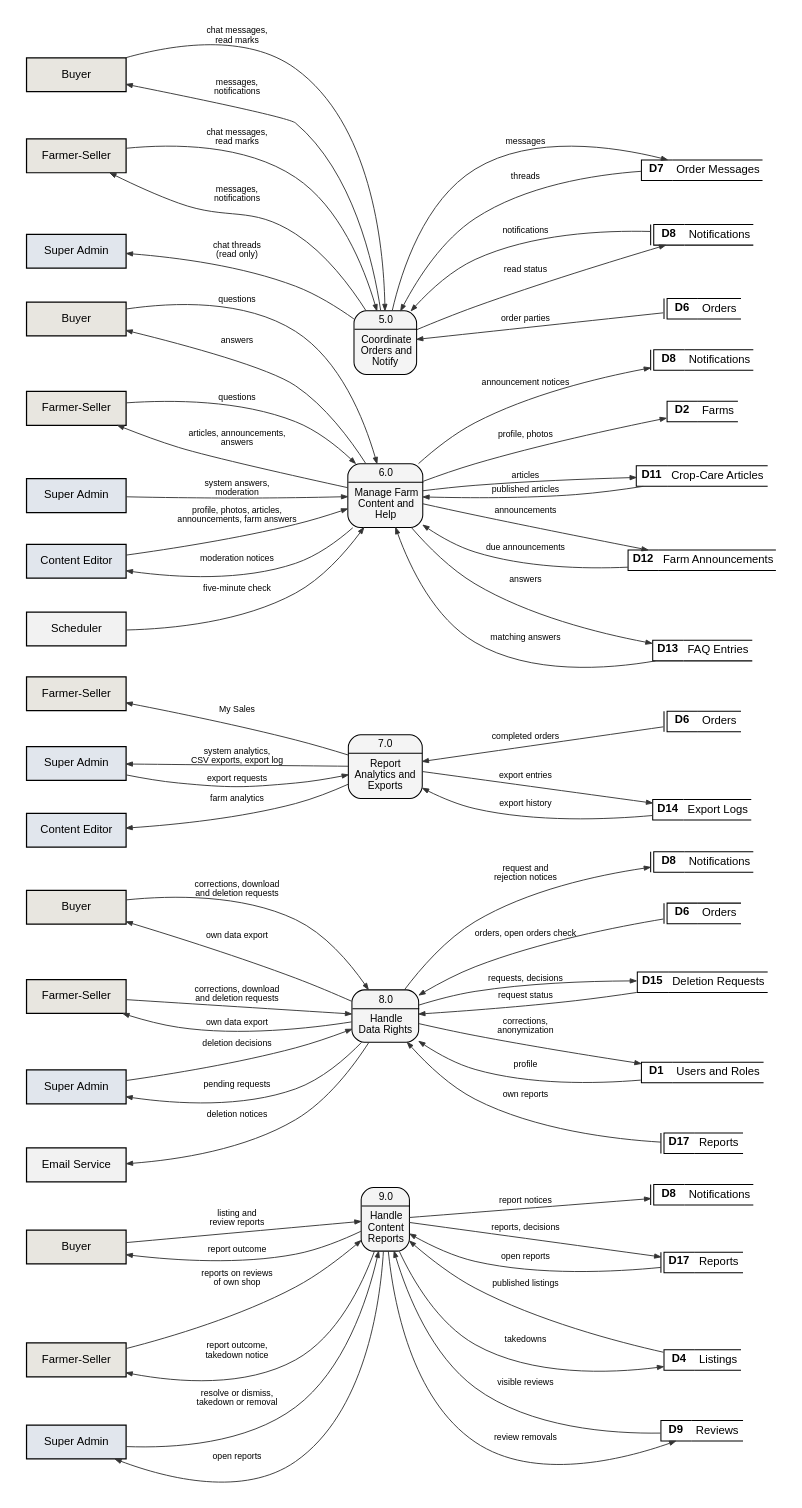
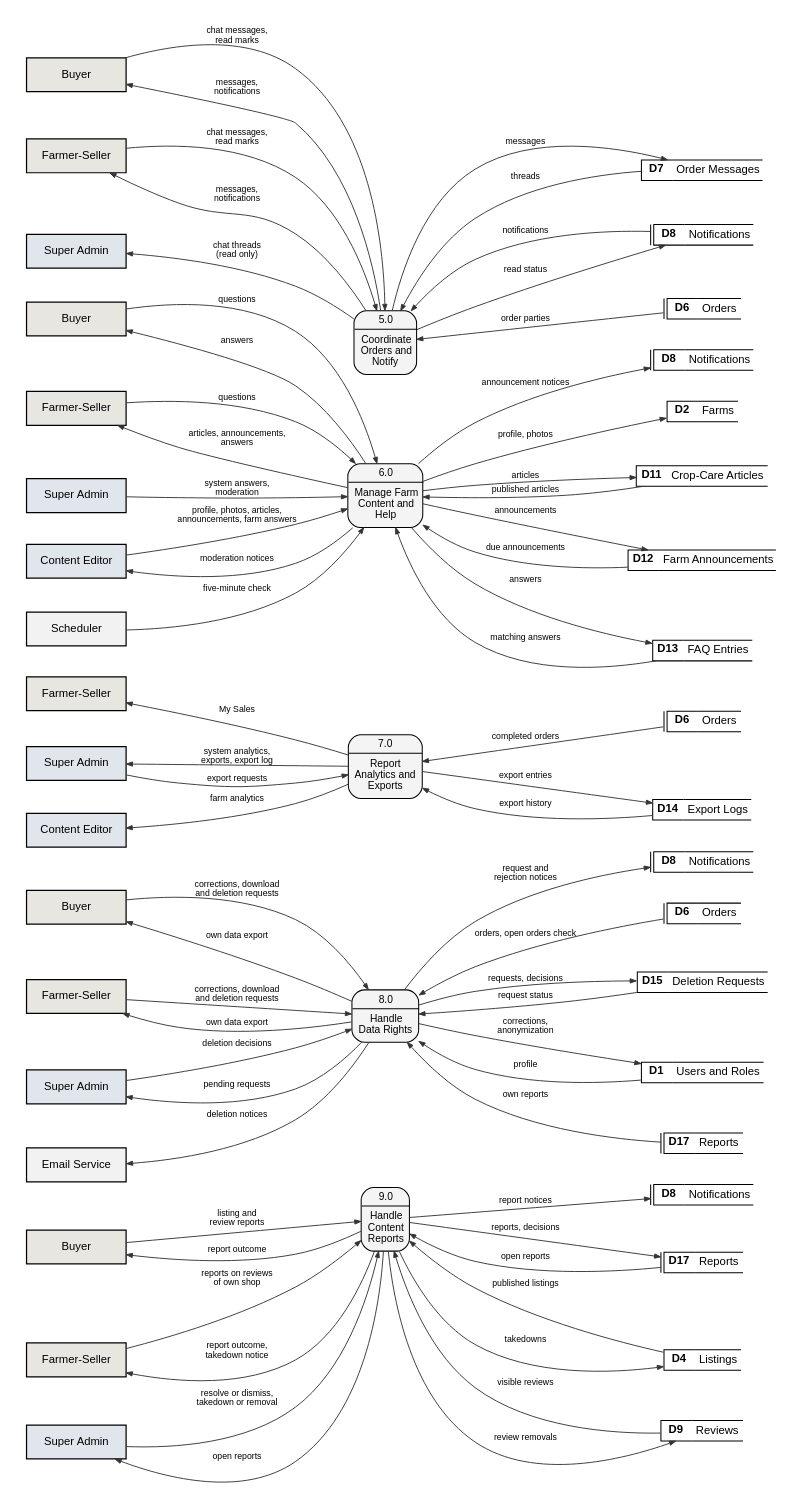
The diagram in docs/manuscript/figures/src/fig6_1b_dfd_level1.dot (shawncastaneda11-commits/anihow-backend), drawn with Graphviz before and after one commit. The commit also changed 16 other files, not shown here.

First line of the commit message:
Say exports and reports instead of CSV in the analytics figures

```diff
--- a/docs/manuscript/figures/src/fig6_1b_dfd_level1.dot
+++ b/docs/manuscript/figures/src/fig6_1b_dfd_level1.dot
@@ -1,115 +1,115 @@
 // Data flow diagram, level 1 (processes 5.0 to 9.0).
 digraph G {
   graph [rankdir=LR, nodesep=0.42, ranksep=1.4, pad=0.25, fontname="Liberation Sans", newrank=true, splines=spline, concentrate=false];
   node  [fontname="Liberation Sans", fontsize=11];
   edge  [penwidth=0.9, arrowsize=0.6, color="#333333", fontname="Liberation Sans", fontsize=8.5];
   p5 [shape=plaintext, margin=0, width=0, height=0, label=<<TABLE STYLE="ROUNDED" BORDER="1" CELLBORDER="0" CELLSPACING="0" CELLPADDING="3" BGCOLOR="#F4F4F4"><TR><TD><FONT POINT-SIZE="10.5">5.0</FONT></TD></TR><HR/><TR><TD CELLPADDING="5"><FONT POINT-SIZE="10.5">Coordinate<BR/>Orders and<BR/>Notify</FONT></TD></TR></TABLE>>];
   by_p5 [shape=box, style=filled, fillcolor="#E8E6E0", penwidth=1.2, width=1.35, height=0.46, label="Buyer", comment="gsdup"];
   fs_p5 [shape=box, style=filled, fillcolor="#E8E6E0", penwidth=1.2, width=1.35, height=0.46, label="Farmer-Seller", comment="gsdup"];
   sa_p5 [shape=box, style=filled, fillcolor="#E1E6ED", penwidth=1.2, width=1.35, height=0.46, label="Super Admin", comment="gsdup"];
   D7_p5 [shape=plaintext, margin=0, width=0, height=0, label=<<TABLE BORDER="0" CELLBORDER="1" CELLSPACING="0" CELLPADDING="3"><TR><TD SIDES="TBL" WIDTH="30"><B>D7</B></TD><TD SIDES="TB" ALIGN="LEFT">Order Messages</TD></TR></TABLE>>];
   D8_p5 [shape=plaintext, margin=0, width=0, height=0, label=<<TABLE BORDER="0" CELLBORDER="1" CELLSPACING="0" CELLPADDING="3"><TR><TD SIDES="L" WIDTH="3" CELLPADDING="0"></TD><TD SIDES="TBL" WIDTH="30"><B>D8</B></TD><TD SIDES="TB" ALIGN="LEFT">Notifications</TD></TR></TABLE>>];
   D6_p5 [shape=plaintext, margin=0, width=0, height=0, label=<<TABLE BORDER="0" CELLBORDER="1" CELLSPACING="0" CELLPADDING="3"><TR><TD SIDES="L" WIDTH="3" CELLPADDING="0"></TD><TD SIDES="TBL" WIDTH="30"><B>D6</B></TD><TD SIDES="TB" ALIGN="LEFT">Orders</TD></TR></TABLE>>];
   p6 [shape=plaintext, margin=0, width=0, height=0, label=<<TABLE STYLE="ROUNDED" BORDER="1" CELLBORDER="0" CELLSPACING="0" CELLPADDING="3" BGCOLOR="#F4F4F4"><TR><TD><FONT POINT-SIZE="10.5">6.0</FONT></TD></TR><HR/><TR><TD CELLPADDING="5"><FONT POINT-SIZE="10.5">Manage Farm<BR/>Content and<BR/>Help</FONT></TD></TR></TABLE>>];
   by_p6 [shape=box, style=filled, fillcolor="#E8E6E0", penwidth=1.2, width=1.35, height=0.46, label="Buyer", comment="gsdup"];
   fs_p6 [shape=box, style=filled, fillcolor="#E8E6E0", penwidth=1.2, width=1.35, height=0.46, label="Farmer-Seller", comment="gsdup"];
   sa_p6 [shape=box, style=filled, fillcolor="#E1E6ED", penwidth=1.2, width=1.35, height=0.46, label="Super Admin", comment="gsdup"];
   D8_p6 [shape=plaintext, margin=0, width=0, height=0, label=<<TABLE BORDER="0" CELLBORDER="1" CELLSPACING="0" CELLPADDING="3"><TR><TD SIDES="L" WIDTH="3" CELLPADDING="0"></TD><TD SIDES="TBL" WIDTH="30"><B>D8</B></TD><TD SIDES="TB" ALIGN="LEFT">Notifications</TD></TR></TABLE>>];
   ce_p6 [shape=box, style=filled, fillcolor="#E1E6ED", penwidth=1.2, width=1.35, height=0.46, label="Content Editor", comment="gsdup"];
   sch_p6 [shape=box, style=filled, fillcolor="#F2F2F2", penwidth=1.2, width=1.35, height=0.46, label="Scheduler"];
   D2_p6 [shape=plaintext, margin=0, width=0, height=0, label=<<TABLE BORDER="0" CELLBORDER="1" CELLSPACING="0" CELLPADDING="3"><TR><TD SIDES="TBL" WIDTH="30"><B>D2</B></TD><TD SIDES="TB" ALIGN="LEFT">Farms</TD></TR></TABLE>>];
   D11_p6 [shape=plaintext, margin=0, width=0, height=0, label=<<TABLE BORDER="0" CELLBORDER="1" CELLSPACING="0" CELLPADDING="3"><TR><TD SIDES="TBL" WIDTH="30"><B>D11</B></TD><TD SIDES="TB" ALIGN="LEFT">Crop-Care Articles</TD></TR></TABLE>>];
   D12_p6 [shape=plaintext, margin=0, width=0, height=0, label=<<TABLE BORDER="0" CELLBORDER="1" CELLSPACING="0" CELLPADDING="3"><TR><TD SIDES="TBL" WIDTH="30"><B>D12</B></TD><TD SIDES="TB" ALIGN="LEFT">Farm Announcements</TD></TR></TABLE>>];
   D13_p6 [shape=plaintext, margin=0, width=0, height=0, label=<<TABLE BORDER="0" CELLBORDER="1" CELLSPACING="0" CELLPADDING="3"><TR><TD SIDES="TBL" WIDTH="30"><B>D13</B></TD><TD SIDES="TB" ALIGN="LEFT">FAQ Entries</TD></TR></TABLE>>];
   p7 [shape=plaintext, margin=0, width=0, height=0, label=<<TABLE STYLE="ROUNDED" BORDER="1" CELLBORDER="0" CELLSPACING="0" CELLPADDING="3" BGCOLOR="#F4F4F4"><TR><TD><FONT POINT-SIZE="10.5">7.0</FONT></TD></TR><HR/><TR><TD CELLPADDING="5"><FONT POINT-SIZE="10.5">Report<BR/>Analytics and<BR/>Exports</FONT></TD></TR></TABLE>>];
   fs_p7 [shape=box, style=filled, fillcolor="#E8E6E0", penwidth=1.2, width=1.35, height=0.46, label="Farmer-Seller", comment="gsdup"];
   sa_p7 [shape=box, style=filled, fillcolor="#E1E6ED", penwidth=1.2, width=1.35, height=0.46, label="Super Admin", comment="gsdup"];
   D6_p7 [shape=plaintext, margin=0, width=0, height=0, label=<<TABLE BORDER="0" CELLBORDER="1" CELLSPACING="0" CELLPADDING="3"><TR><TD SIDES="L" WIDTH="3" CELLPADDING="0"></TD><TD SIDES="TBL" WIDTH="30"><B>D6</B></TD><TD SIDES="TB" ALIGN="LEFT">Orders</TD></TR></TABLE>>];
   ce_p7 [shape=box, style=filled, fillcolor="#E1E6ED", penwidth=1.2, width=1.35, height=0.46, label="Content Editor", comment="gsdup"];
   D14_p7 [shape=plaintext, margin=0, width=0, height=0, label=<<TABLE BORDER="0" CELLBORDER="1" CELLSPACING="0" CELLPADDING="3"><TR><TD SIDES="TBL" WIDTH="30"><B>D14</B></TD><TD SIDES="TB" ALIGN="LEFT">Export Logs</TD></TR></TABLE>>];
   p8 [shape=plaintext, margin=0, width=0, height=0, label=<<TABLE STYLE="ROUNDED" BORDER="1" CELLBORDER="0" CELLSPACING="0" CELLPADDING="3" BGCOLOR="#F4F4F4"><TR><TD><FONT POINT-SIZE="10.5">8.0</FONT></TD></TR><HR/><TR><TD CELLPADDING="5"><FONT POINT-SIZE="10.5">Handle<BR/>Data Rights</FONT></TD></TR></TABLE>>];
   by_p8 [shape=box, style=filled, fillcolor="#E8E6E0", penwidth=1.2, width=1.35, height=0.46, label="Buyer", comment="gsdup"];
   fs_p8 [shape=box, style=filled, fillcolor="#E8E6E0", penwidth=1.2, width=1.35, height=0.46, label="Farmer-Seller", comment="gsdup"];
   sa_p8 [shape=box, style=filled, fillcolor="#E1E6ED", penwidth=1.2, width=1.35, height=0.46, label="Super Admin", comment="gsdup"];
   D8_p8 [shape=plaintext, margin=0, width=0, height=0, label=<<TABLE BORDER="0" CELLBORDER="1" CELLSPACING="0" CELLPADDING="3"><TR><TD SIDES="L" WIDTH="3" CELLPADDING="0"></TD><TD SIDES="TBL" WIDTH="30"><B>D8</B></TD><TD SIDES="TB" ALIGN="LEFT">Notifications</TD></TR></TABLE>>];
   D6_p8 [shape=plaintext, margin=0, width=0, height=0, label=<<TABLE BORDER="0" CELLBORDER="1" CELLSPACING="0" CELLPADDING="3"><TR><TD SIDES="L" WIDTH="3" CELLPADDING="0"></TD><TD SIDES="TBL" WIDTH="30"><B>D6</B></TD><TD SIDES="TB" ALIGN="LEFT">Orders</TD></TR></TABLE>>];
   D15_p8 [shape=plaintext, margin=0, width=0, height=0, label=<<TABLE BORDER="0" CELLBORDER="1" CELLSPACING="0" CELLPADDING="3"><TR><TD SIDES="TBL" WIDTH="30"><B>D15</B></TD><TD SIDES="TB" ALIGN="LEFT">Deletion Requests</TD></TR></TABLE>>];
   D1_p8 [shape=plaintext, margin=0, width=0, height=0, label=<<TABLE BORDER="0" CELLBORDER="1" CELLSPACING="0" CELLPADDING="3"><TR><TD SIDES="TBL" WIDTH="30"><B>D1</B></TD><TD SIDES="TB" ALIGN="LEFT">Users and Roles</TD></TR></TABLE>>];
   D17_p8 [shape=plaintext, margin=0, width=0, height=0, label=<<TABLE BORDER="0" CELLBORDER="1" CELLSPACING="0" CELLPADDING="3"><TR><TD SIDES="L" WIDTH="3" CELLPADDING="0"></TD><TD SIDES="TBL" WIDTH="30"><B>D17</B></TD><TD SIDES="TB" ALIGN="LEFT">Reports</TD></TR></TABLE>>];
   em_p8 [shape=box, style=filled, fillcolor="#F2F2F2", penwidth=1.2, width=1.35, height=0.46, label="Email Service"];
   p9 [shape=plaintext, margin=0, width=0, height=0, label=<<TABLE STYLE="ROUNDED" BORDER="1" CELLBORDER="0" CELLSPACING="0" CELLPADDING="3" BGCOLOR="#F4F4F4"><TR><TD><FONT POINT-SIZE="10.5">9.0</FONT></TD></TR><HR/><TR><TD CELLPADDING="5"><FONT POINT-SIZE="10.5">Handle<BR/>Content<BR/>Reports</FONT></TD></TR></TABLE>>];
   by_p9 [shape=box, style=filled, fillcolor="#E8E6E0", penwidth=1.2, width=1.35, height=0.46, label="Buyer", comment="gsdup"];
   fs_p9 [shape=box, style=filled, fillcolor="#E8E6E0", penwidth=1.2, width=1.35, height=0.46, label="Farmer-Seller", comment="gsdup"];
   sa_p9 [shape=box, style=filled, fillcolor="#E1E6ED", penwidth=1.2, width=1.35, height=0.46, label="Super Admin", comment="gsdup"];
   D8_p9 [shape=plaintext, margin=0, width=0, height=0, label=<<TABLE BORDER="0" CELLBORDER="1" CELLSPACING="0" CELLPADDING="3"><TR><TD SIDES="L" WIDTH="3" CELLPADDING="0"></TD><TD SIDES="TBL" WIDTH="30"><B>D8</B></TD><TD SIDES="TB" ALIGN="LEFT">Notifications</TD></TR></TABLE>>];
   D17_p9 [shape=plaintext, margin=0, width=0, height=0, label=<<TABLE BORDER="0" CELLBORDER="1" CELLSPACING="0" CELLPADDING="3"><TR><TD SIDES="L" WIDTH="3" CELLPADDING="0"></TD><TD SIDES="TBL" WIDTH="30"><B>D17</B></TD><TD SIDES="TB" ALIGN="LEFT">Reports</TD></TR></TABLE>>];
   D4_p9 [shape=plaintext, margin=0, width=0, height=0, label=<<TABLE BORDER="0" CELLBORDER="1" CELLSPACING="0" CELLPADDING="3"><TR><TD SIDES="TBL" WIDTH="30"><B>D4</B></TD><TD SIDES="TB" ALIGN="LEFT">Listings</TD></TR></TABLE>>];
   D9_p9 [shape=plaintext, margin=0, width=0, height=0, label=<<TABLE BORDER="0" CELLBORDER="1" CELLSPACING="0" CELLPADDING="3"><TR><TD SIDES="TBL" WIDTH="30"><B>D9</B></TD><TD SIDES="TB" ALIGN="LEFT">Reviews</TD></TR></TABLE>>];
   by_p5 -> p5 [label="chat messages,\nread marks"];
   fs_p5 -> p5 [label="chat messages,\nread marks"];
   by_p5 -> p5 [label="messages,\nnotifications", dir=back];
   fs_p5 -> p5 [label="messages,\nnotifications", dir=back];
   sa_p5 -> p5 [label="chat threads\n(read only)", dir=back];
   p5 -> D7_p5 [label="messages"];
   p5 -> D7_p5 [label="threads", dir=back];
   p5 -> D8_p5 [label="notifications", dir=back];
   p5 -> D8_p5 [label="read status"];
   p5 -> D6_p5 [label="order parties", dir=back];
   ce_p6 -> p6 [label="profile, photos, articles,\nannouncements, farm answers"];
   sa_p6 -> p6 [label="system answers,\nmoderation"];
   fs_p6 -> p6 [label="questions"];
   by_p6 -> p6 [label="questions"];
   fs_p6 -> p6 [label="articles, announcements,\nanswers", dir=back];
   by_p6 -> p6 [label="answers", dir=back];
   ce_p6 -> p6 [label="moderation notices", dir=back];
   sch_p6 -> p6 [label="five-minute check"];
   p6 -> D2_p6 [label="profile, photos"];
   p6 -> D11_p6 [label="articles"];
   p6 -> D11_p6 [label="published articles", dir=back];
   p6 -> D12_p6 [label="announcements"];
   p6 -> D12_p6 [label="due announcements", dir=back];
   p6 -> D13_p6 [label="answers"];
   p6 -> D13_p6 [label="matching answers", dir=back];
   p6 -> D8_p6 [label="announcement notices"];
   p7 -> D6_p7 [label="completed orders", dir=back];
-  sa_p7 -> p7 [label="system analytics,\nCSV exports, export log", dir=back];
+  sa_p7 -> p7 [label="system analytics,\nexports, export log", dir=back];
   ce_p7 -> p7 [label="farm analytics", dir=back];
   fs_p7 -> p7 [label="My Sales", dir=back];
   sa_p7 -> p7 [label="export requests"];
   p7 -> D14_p7 [label="export entries"];
   p7 -> D14_p7 [label="export history", dir=back];
   by_p8 -> p8 [label="corrections, download\nand deletion requests"];
   fs_p8 -> p8 [label="corrections, download\nand deletion requests"];
   sa_p8 -> p8 [label="deletion decisions"];
   sa_p8 -> p8 [label="pending requests", dir=back];
   by_p8 -> p8 [label="own data export", dir=back];
   fs_p8 -> p8 [label="own data export", dir=back];
   p8 -> D15_p8 [label="requests, decisions"];
   p8 -> D15_p8 [label="request status", dir=back];
   p8 -> D1_p8 [label="corrections,\nanonymization"];
   p8 -> D1_p8 [label="profile", dir=back];
   p8 -> D6_p8 [label="orders, open orders check", dir=back];
   p8 -> D17_p8 [label="own reports", dir=back];
   p8 -> D8_p8 [label="request and\nrejection notices"];
   em_p8 -> p8 [label="deletion notices", dir=back];
   by_p9 -> p9 [label="listing and\nreview reports"];
   fs_p9 -> p9 [label="reports on reviews\nof own shop"];
   sa_p9 -> p9 [label="resolve or dismiss,\ntakedown or removal"];
   sa_p9 -> p9 [label="open reports", dir=back];
   by_p9 -> p9 [label="report outcome", dir=back];
   fs_p9 -> p9 [label="report outcome,\ntakedown notice", dir=back];
   p9 -> D4_p9 [label="published listings", dir=back];
   p9 -> D9_p9 [label="visible reviews", dir=back];
   p9 -> D17_p9 [label="reports, decisions"];
   p9 -> D17_p9 [label="open reports", dir=back];
   p9 -> D4_p9 [label="takedowns"];
   p9 -> D9_p9 [label="review removals"];
   p9 -> D8_p9 [label="report notices"];
   {rank=same; by_p5; fs_p5; sa_p5; ce_p6; sa_p6; fs_p6; by_p6; sch_p6; sa_p7; ce_p7; fs_p7; by_p8; fs_p8; sa_p8; em_p8; by_p9; fs_p9; sa_p9}
   {rank=same; D7_p5; D8_p5; D6_p5; D2_p6; D11_p6; D12_p6; D13_p6; D8_p6; D6_p7; D14_p7; D15_p8; D1_p8; D6_p8; D17_p8; D8_p8; D4_p9; D9_p9; D17_p9; D8_p9}
   {rank=same; p5; p6; p7; p8; p9}
   p5 -> p6 [style=invis, weight=10];
   p6 -> p7 [style=invis, weight=10];
   p7 -> p8 [style=invis, weight=10];
   p8 -> p9 [style=invis, weight=10];
 }
```
